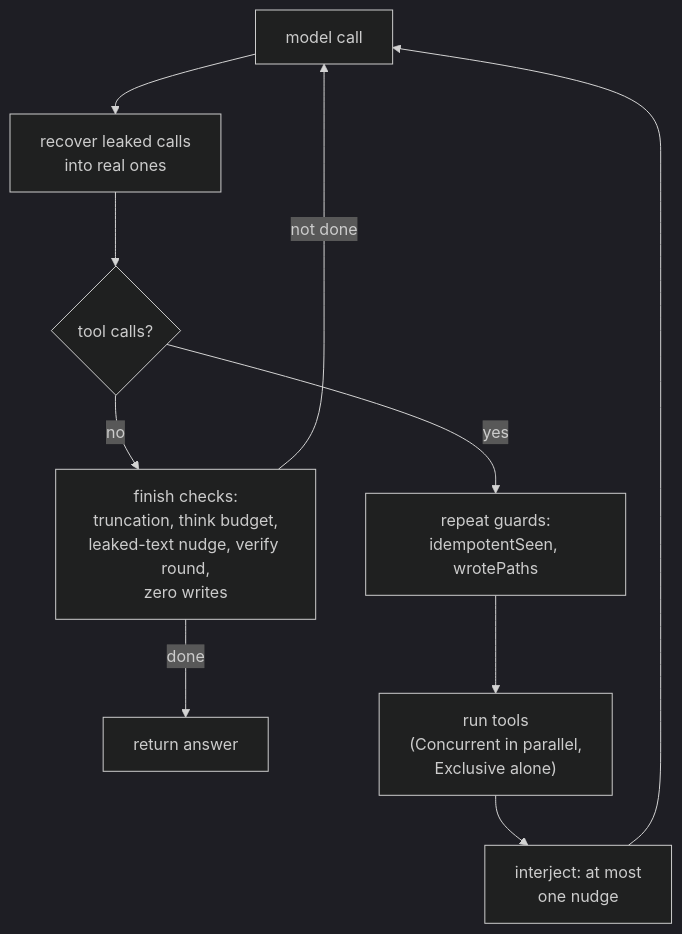
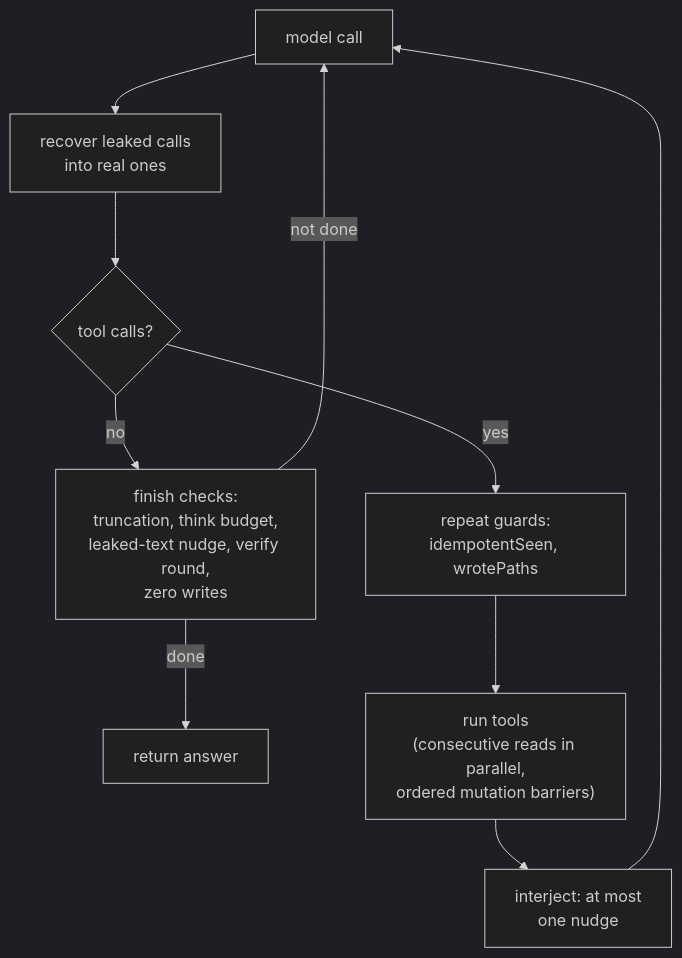
The diagram in ARCHITECTURE.md (keshon/tars), drawn with Mermaid (dark theme) before and after one commit. The commit also changed other lines of this file and 81 other files, not shown here.

````diff
--- a/ARCHITECTURE.md
+++ b/ARCHITECTURE.md
@@ -51,12 +52,12 @@
 ```mermaid
 flowchart TB
   Call["model call"] --> Recover["recover leaked calls<br/>into real ones"]
   Recover --> HasCalls{"tool calls?"}
   HasCalls -- no --> Finish["finish checks:<br/>truncation, think budget,<br/>leaked-text nudge, verify round,<br/>zero writes"]
   Finish -- "not done" --> Call
   Finish -- done --> Return["return answer"]
   HasCalls -- yes --> Guards["repeat guards:<br/>idempotentSeen, wrotePaths"]
-  Guards --> Run["run tools<br/>(Concurrent in parallel,<br/>Exclusive alone)"]
+  Guards --> Run["run tools<br/>(consecutive reads in parallel,<br/>ordered mutation barriers)"]
   Run --> Judge["interject: at most<br/>one nudge"]
   Judge --> Call
 ```
````
